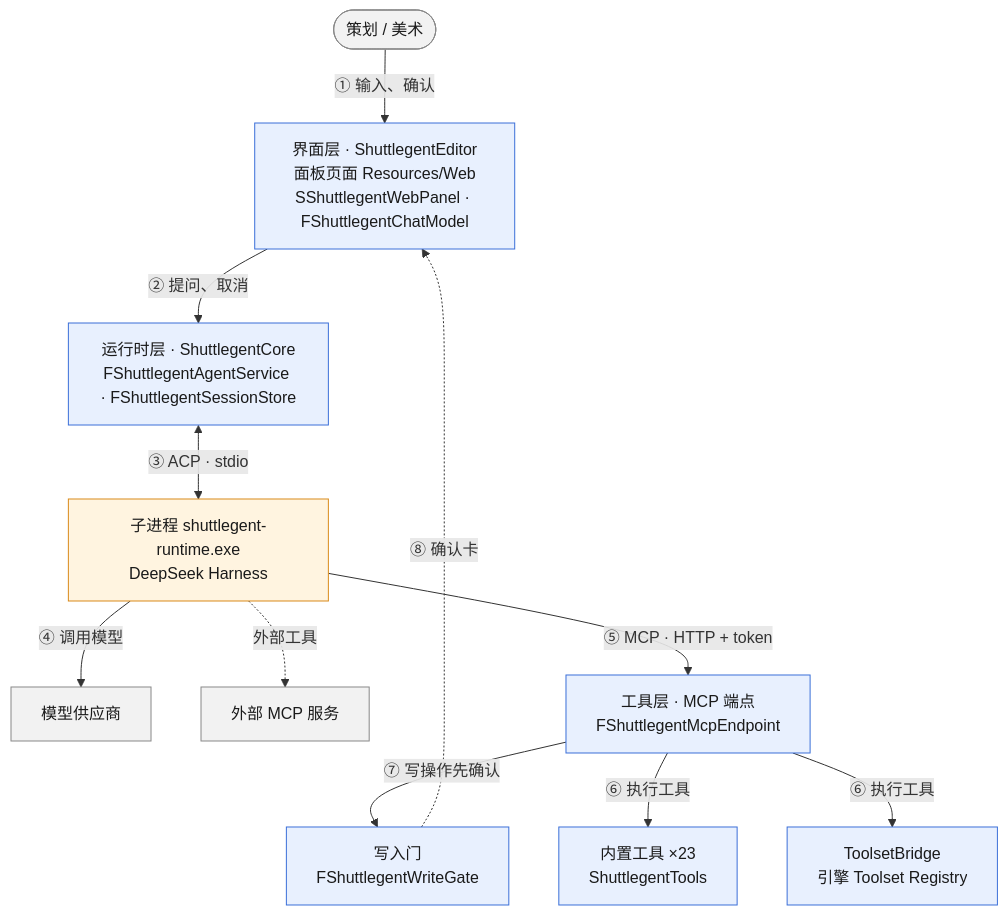
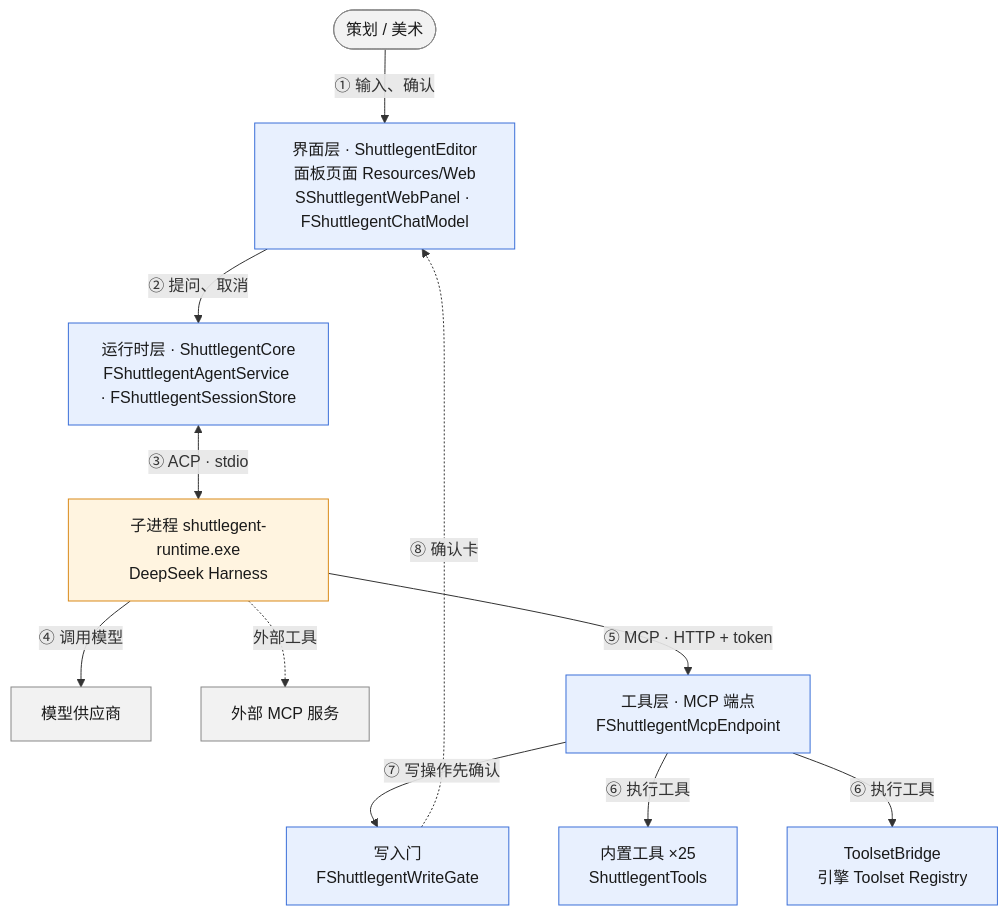
One commit to Jiajiaju/Shuttlegent changed the first of 4 diagrams in Docs/Architecture.md. Above: the diagram before and after it, drawn with Mermaid. The commit also changed other lines of this file and 13 other files, not shown here.

````diff
--- a/Docs/Architecture.md
+++ b/Docs/Architecture.md
@@ -17,31 +17,31 @@
 ```mermaid
 flowchart TB
     User(["策划 / 美术"])
     UI["界面层 · ShuttlegentEditor<br/>面板页面 Resources/Web<br/>SShuttlegentWebPanel · FShuttlegentChatModel"]
     Core["运行时层 · ShuttlegentCore<br/>FShuttlegentAgentService · FShuttlegentSessionStore"]
     Dsh["子进程 shuttlegent-runtime.exe<br/>DeepSeek Harness"]
     LLM["模型供应商"]
     Ext["外部 MCP 服务"]
     Endpoint["工具层 · MCP 端点<br/>FShuttlegentMcpEndpoint"]
     Gate["写入门<br/>FShuttlegentWriteGate"]
-    Builtin["内置工具 ×23<br/>ShuttlegentTools"]
+    Builtin["内置工具 ×25<br/>ShuttlegentTools"]
     Bridge["ToolsetBridge<br/>引擎 Toolset Registry"]
 
     User -- "① 输入、确认" --> UI
     UI -- "② 提问、取消" --> Core
     Core <-- "③ ACP · stdio" --> Dsh
     Dsh -- "④ 调用模型" --> LLM
     Dsh -. "外部工具" .-> Ext
     Dsh -- "⑤ MCP · HTTP + token" --> Endpoint
     Endpoint -- "⑦ 写操作先确认" --> Gate
     Endpoint -- "⑥ 执行工具" --> Builtin
     Endpoint -- "⑥ 执行工具" --> Bridge
     Gate -. "⑧ 确认卡" .-> UI
 
     classDef editor fill:#e8f0fe,stroke:#3b6fd8,color:#1a1a1a
     classDef runtime fill:#fff4e0,stroke:#d98a1a,color:#1a1a1a
     classDef external fill:#f2f2f2,stroke:#888,color:#1a1a1a
     class UI,Core,Endpoint,Gate,Builtin,Bridge editor
     class Dsh runtime
     class LLM,Ext,User external
 ```
````
